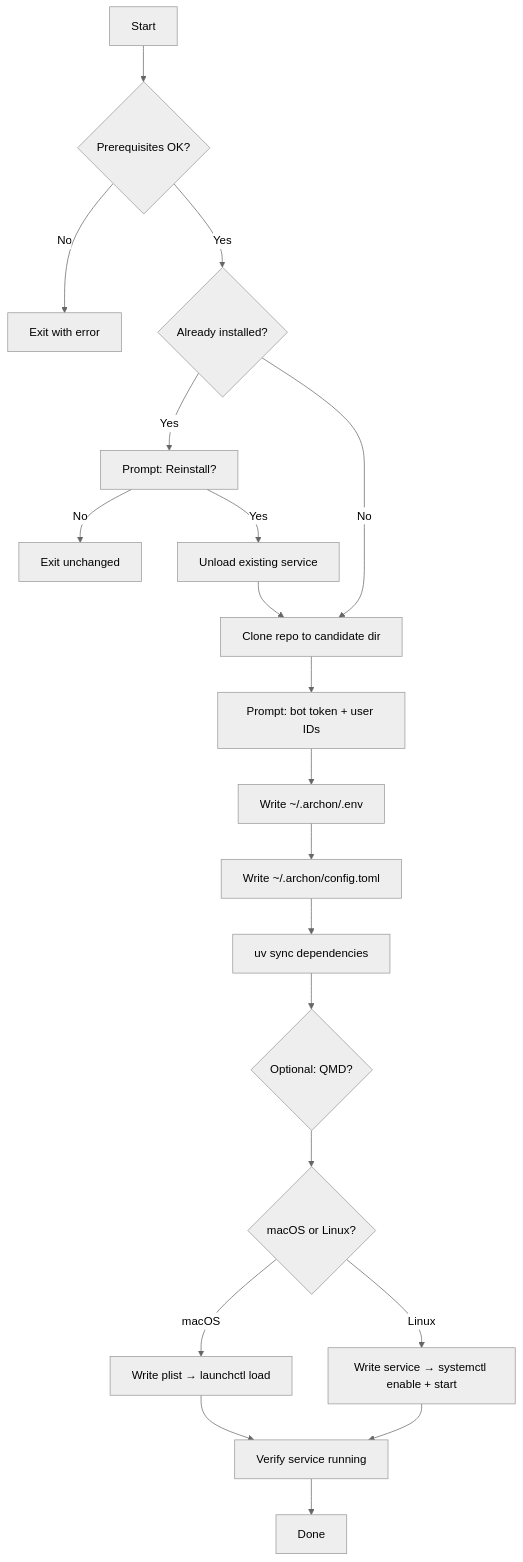
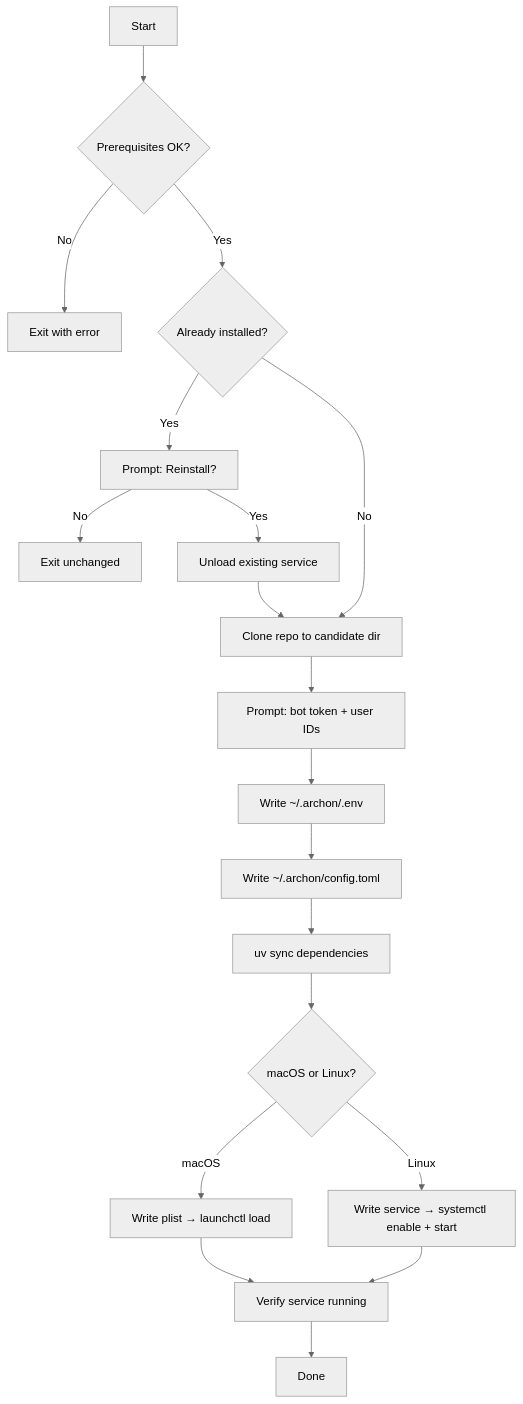
Before and after one commit to user538295/archon-assistant: the second of 2 diagrams in Documentation/Architecture/510_release_and_environment_strategy.md, drawn with Mermaid (neutral theme). The commit also changed other lines of this file and 17 other files, not shown here.

First line of the commit message:
docs: update user manual, CLAUDE.md, and Architecture docs for RAG (Task 8.2)

````diff
--- a/Documentation/Architecture/510_release_and_environment_strategy.md
+++ b/Documentation/Architecture/510_release_and_environment_strategy.md
@@ -235,22 +235,21 @@
 ```mermaid
 flowchart TD
     A[Start] --> B{Prerequisites OK?}
     B -- No --> FAIL[Exit with error]
     B -- Yes --> C{Already installed?}
     C -- Yes --> D[Prompt: Reinstall?]
     D -- No --> EXIT[Exit unchanged]
     D -- Yes --> E[Unload existing service]
     C -- No --> F[Clone repo to candidate dir]
     E --> F
     F --> G[Prompt: bot token + user IDs]
     G --> H[Write ~/.archon/.env]
     H --> I[Write ~/.archon/config.toml]
     I --> J[uv sync dependencies]
-    J --> L{Optional: QMD?}
-    L --> M{macOS or Linux?}
+    J --> M{macOS or Linux?}
     M -- macOS --> N[Write plist → launchctl load]
     M -- Linux --> O[Write service → systemctl enable + start]
     N --> P[Verify service running]
     O --> P
     P --> Z[Done]
 ```
````
